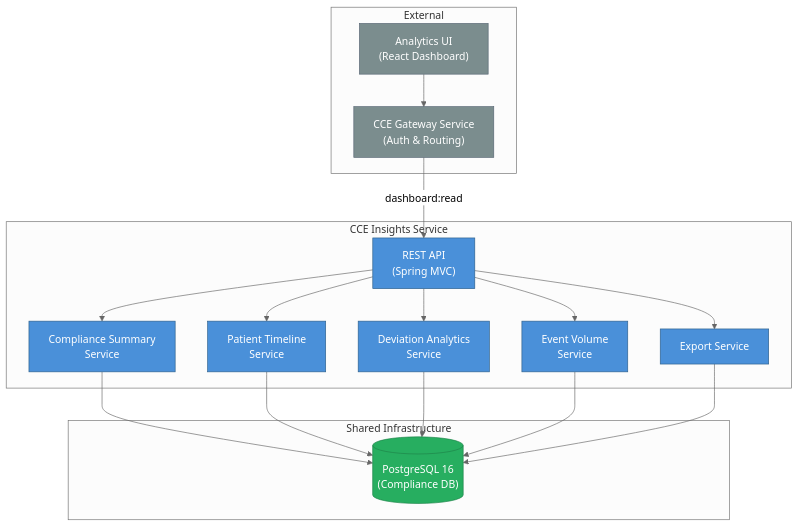
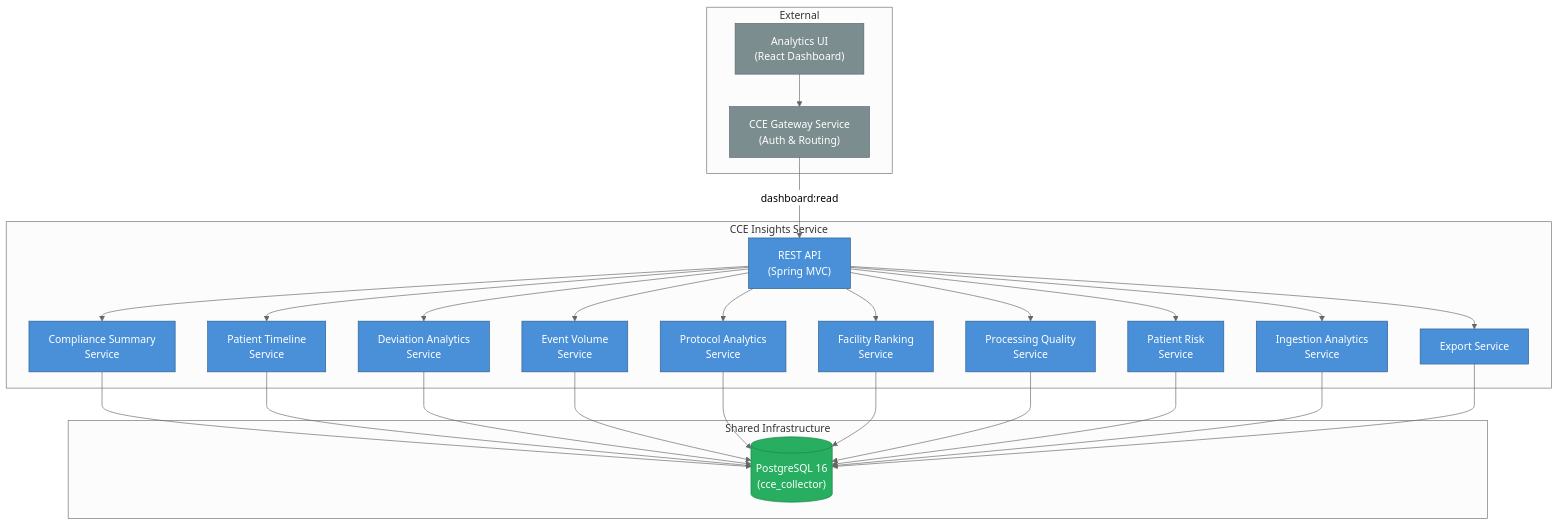
The diagram in docs/architecture-overview.md (AjishaVayoli-Tarento/cce-insights-service), drawn with Mermaid (neutral theme) before and after one commit. The commit also changed other lines of this file and 112 other files, not shown here.

````diff
--- a/docs/architecture-overview.md
+++ b/docs/architecture-overview.md
@@ -9,41 +9,56 @@
 ```mermaid
 graph TB
     subgraph External
         UI["Analytics UI<br/>(React Dashboard)"]
         GATEWAY["CCE Gateway Service<br/>(Auth & Routing)"]
     end
 
     subgraph CCE Insights Service
         API["REST API<br/>(Spring MVC)"]
         SUMMARY["Compliance Summary<br/>Service"]
         TIMELINE["Patient Timeline<br/>Service"]
         DEVIATION["Deviation Analytics<br/>Service"]
         EVENTVOLUME["Event Volume<br/>Service"]
+        PROTOCOL["Protocol Analytics<br/>Service"]
+        FACILITY["Facility Ranking<br/>Service"]
+        QUALITY["Processing Quality<br/>Service"]
+        RISK["Patient Risk<br/>Service"]
+        INGESTION["Ingestion Analytics<br/>Service"]
         EXPORT["Export Service"]
     end
 
     subgraph Shared Infrastructure
-        DB[("PostgreSQL 16<br/>(Compliance DB)")]
+        DB[("PostgreSQL 16<br/>(cce_collector)")]
     end
 
     UI --> GATEWAY
     GATEWAY -->|"dashboard:read"| API
     API --> SUMMARY
     API --> TIMELINE
     API --> DEVIATION
     API --> EVENTVOLUME
+    API --> PROTOCOL
+    API --> FACILITY
+    API --> QUALITY
+    API --> RISK
+    API --> INGESTION
     API --> EXPORT
     SUMMARY --> DB
     TIMELINE --> DB
     DEVIATION --> DB
     EVENTVOLUME --> DB
+    PROTOCOL --> DB
+    FACILITY --> DB
+    QUALITY --> DB
+    RISK --> DB
+    INGESTION --> DB
     EXPORT --> DB
 
     classDef service fill:#4A90D9,stroke:#2C5F8A,color:white
     classDef external fill:#7B8D8E,stroke:#566573,color:white
     classDef data fill:#27AE60,stroke:#1E8449,color:white
 
-    class API,SUMMARY,TIMELINE,DEVIATION,EVENTVOLUME,EXPORT service
+    class API,SUMMARY,TIMELINE,DEVIATION,EVENTVOLUME,PROTOCOL,FACILITY,QUALITY,RISK,INGESTION,EXPORT service
     class UI,GATEWAY external
     class DB data
 ```
````
